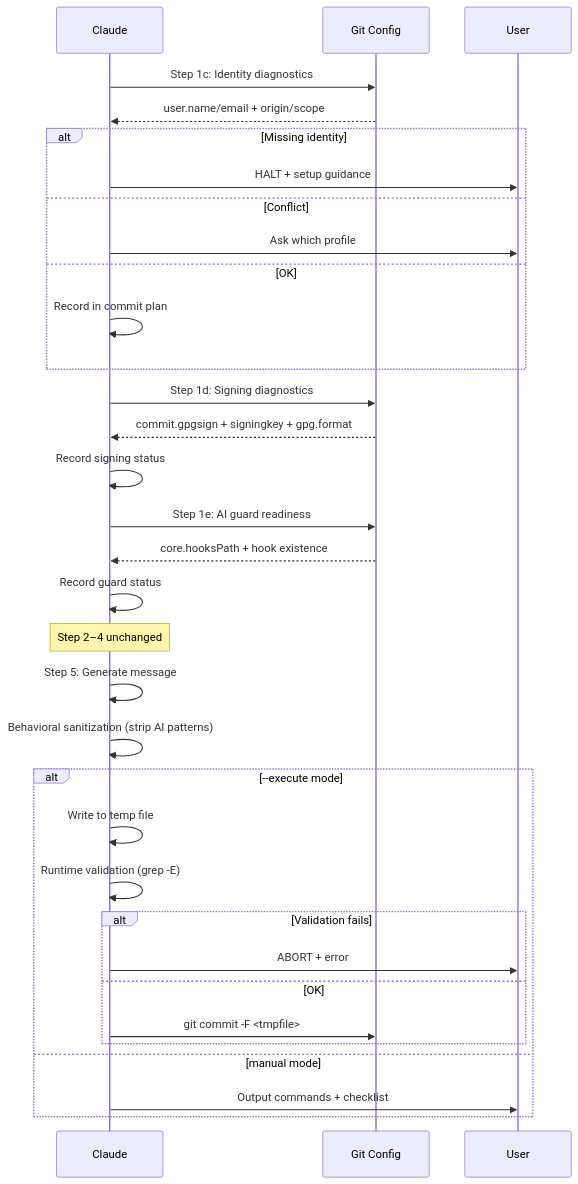
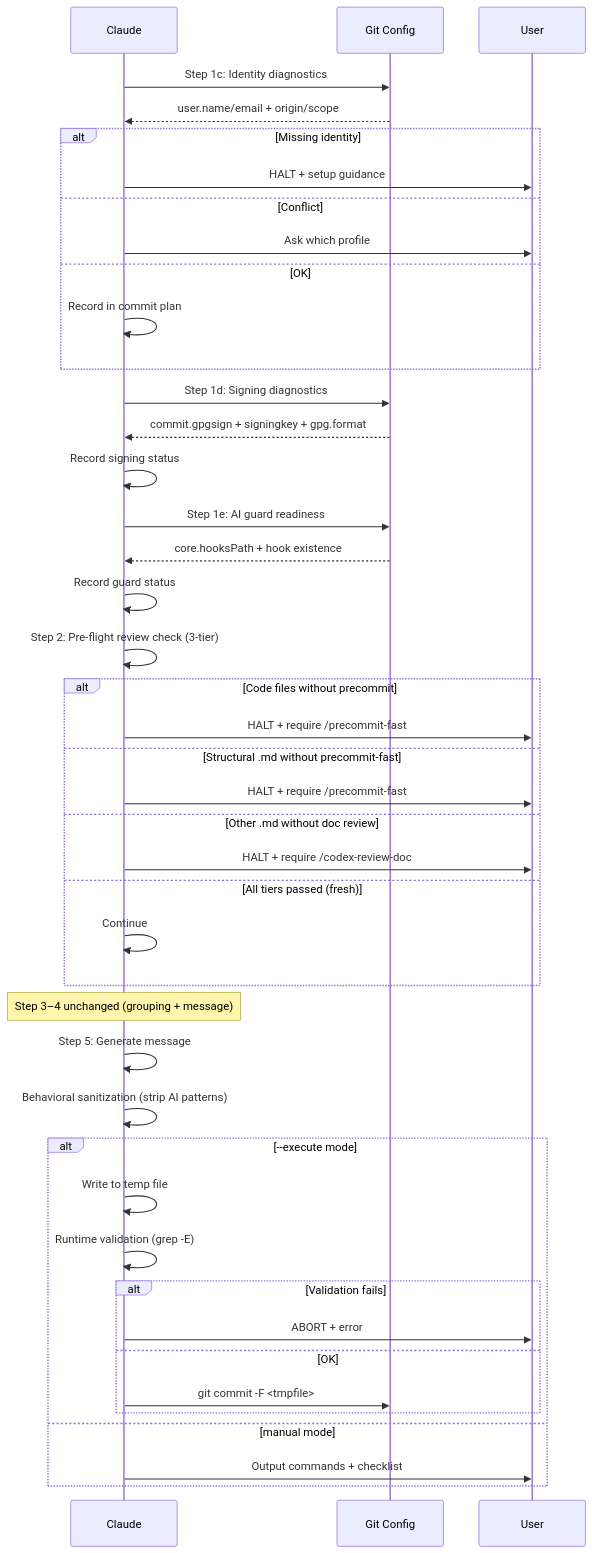
One commit to jupiter-Pulin/Uranus-dev-flow changed the diagram in docs/features/smart-commit-hardening/2-tech-spec.md. Above: the diagram before and after it, drawn with Mermaid. The commit also changed other lines of this file and 1 other file, not shown here.

First line of the commit message:
docs: Sync tech specs with verdict triage and pre-flight changes

````diff
--- a/docs/features/smart-commit-hardening/2-tech-spec.md
+++ b/docs/features/smart-commit-hardening/2-tech-spec.md
@@ -35,40 +35,51 @@
 ```mermaid
 sequenceDiagram
     participant C as Claude
     participant G as Git Config
     participant U as User
 
     C->>G: Step 1c: Identity diagnostics
     G-->>C: user.name/email + origin/scope
     alt Missing identity
         C->>U: HALT + setup guidance
     else Conflict
         C->>U: Ask which profile
     else OK
         C->>C: Record in commit plan
     end
 
     C->>G: Step 1d: Signing diagnostics
     G-->>C: commit.gpgsign + signingkey + gpg.format
     C->>C: Record signing status
 
     C->>G: Step 1e: AI guard readiness
     G-->>C: core.hooksPath + hook existence
     C->>C: Record guard status
 
-    Note over C: Step 2–4 unchanged
+    C->>C: Step 2: Pre-flight review check (3-tier)
+    alt Code files without precommit
+        C->>U: HALT + require /precommit-fast
+    else Structural .md without precommit-fast
+        C->>U: HALT + require /precommit-fast
+    else Other .md without doc review
+        C->>U: HALT + require /codex-review-doc
+    else All tiers passed (fresh)
+        C->>C: Continue
+    end
+
+    Note over C: Step 3–4 unchanged (grouping + message)
 
     C->>C: Step 5: Generate message
     C->>C: Behavioral sanitization (strip AI patterns)
     alt --execute mode
         C->>C: Write to temp file
         C->>C: Runtime validation (grep -E)
         alt Validation fails
             C->>U: ABORT + error
         else OK
             C->>G: git commit -F <tmpfile>
         end
     else manual mode
         C->>U: Output commands + checklist
     end
 ```
````
